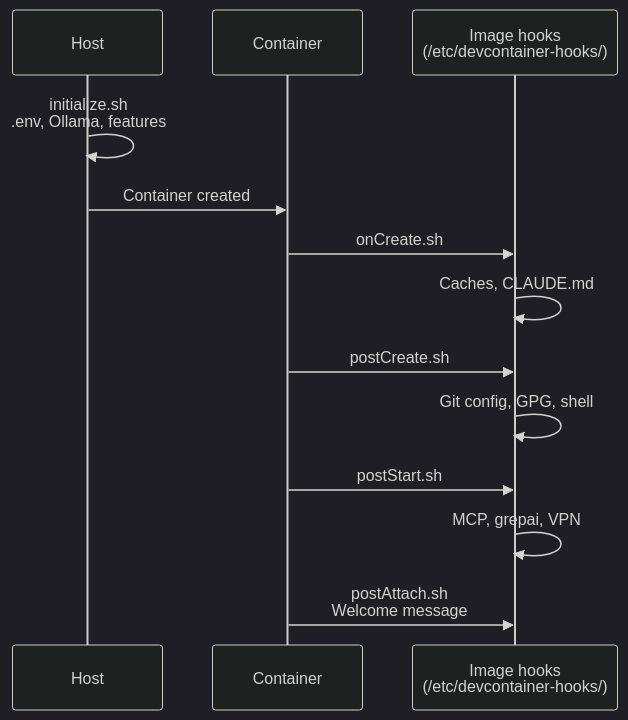
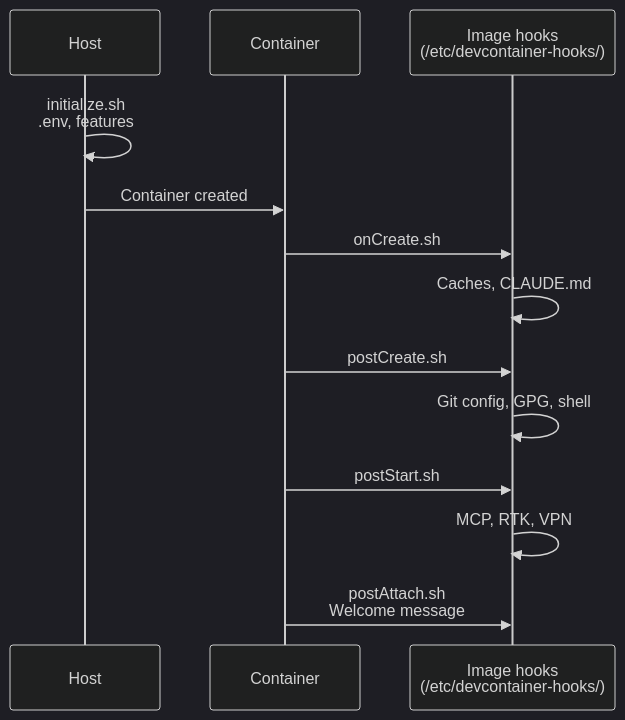
Before and after one commit to kodflow/devcontainer-template: the diagram in docs/automation/README.md, drawn with Mermaid. The commit also changed other lines of this file and 141 other files, not shown here.

First line of the commit message:
fix(devcontainer): drop grepai+ollama stack, promote rtk for token savings (#328)

````diff
--- a/docs/automation/README.md
+++ b/docs/automation/README.md
@@ -43,23 +43,23 @@
 ```mermaid
 %%{init: {'theme': 'dark', 'themeVariables': {
   'primaryColor': '#9D76FB1a',
   'primaryBorderColor': '#9D76FB',
   'primaryTextColor': '#d4d8e0',
   'lineColor': '#d4d8e0',
   'textColor': '#d4d8e0'
 }}}%%
 sequenceDiagram
     participant H as Host
     participant C as Container
     participant I as Image hooks<br/>(/etc/devcontainer-hooks/)
 
-    H->>H: initialize.sh<br/>.env, Ollama, features
+    H->>H: initialize.sh<br/>.env, features
     H->>C: Container created
     C->>I: onCreate.sh
     I->>I: Caches, CLAUDE.md
     C->>I: postCreate.sh
     I->>I: Git config, GPG, shell
     C->>I: postStart.sh
-    I->>I: MCP, grepai, VPN
+    I->>I: MCP, RTK, VPN
     C->>I: postAttach.sh<br/>Welcome message
 ```
````
